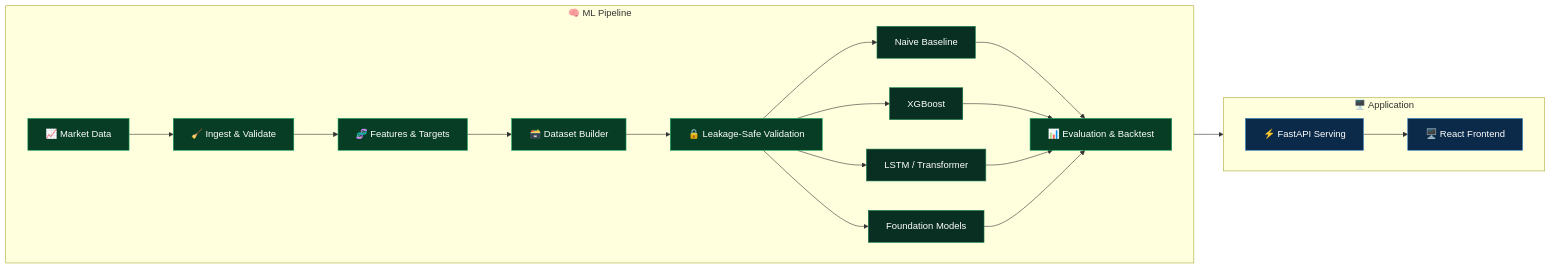
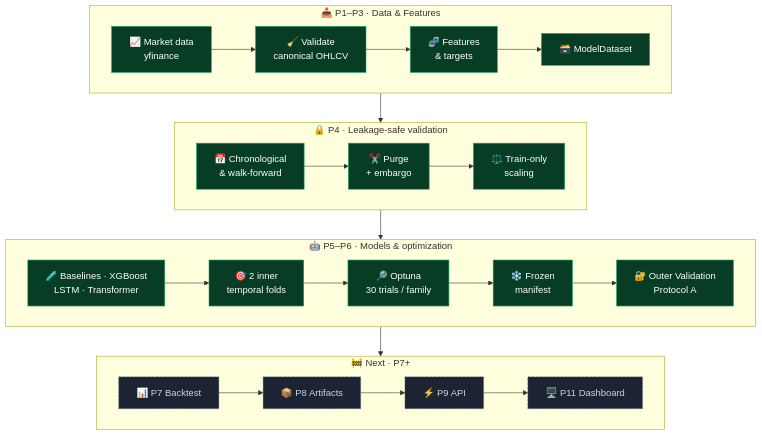
The first of 2 diagrams in README.md (themadjocker/stock-market-prediction), drawn with Mermaid before and after one commit. The commit also changed other lines of this file and 72 other files, not shown here.

````diff
--- a/README.md
+++ b/README.md
@@ -29,29 +42,25 @@
 ```mermaid
-flowchart LR
-    subgraph ML["🧠 ML Pipeline"]
+flowchart TB
+    subgraph DATA["📥 P1–P3 · Data & Features"]
         direction LR
-        A["📈 Market Data"] --> B["🧹 Ingest & Validate"]
-        B --> C["🧬 Features & Targets"]
-        C --> D["🗃️ Dataset Builder"]
-        D --> E["🔒 Leakage-Safe Validation"]
-        E --> M1["Naive Baseline"]
-        E --> M2["XGBoost"]
-        E --> M3["LSTM / Transformer"]
-        E --> M4["Foundation Models"]
-        M1 & M2 & M3 & M4 --> F["📊 Evaluation & Backtest"]
+        A["📈 Market data<br/>yfinance"] --> B["🧹 Validate<br/>canonical OHLCV"] --> C["🧬 Features<br/>& targets"] --> D["🗃️ ModelDataset"]
     end
+    subgraph VAL["🔒 P4 · Leakage-safe validation"]
+        direction LR
+        E["📅 Chronological<br/>& walk-forward"] --> F["✂️ Purge<br/>+ embargo"] --> G["⚖️ Train-only<br/>scaling"]
+    end
+    subgraph MODEL["🤖 P5–P6 · Models & optimization"]
+        direction LR
+        H["🧪 Baselines · XGBoost<br/>LSTM · Transformer"] --> I["🎯 2 inner<br/>temporal folds"] --> J["🔎 Optuna<br/>30 trials / family"] --> K["❄️ Frozen<br/>manifest"] --> L["🔐 Outer Validation<br/>Protocol A"]
+    end
+    subgraph NEXT["🚧 Next · P7+"]
+        direction LR
+        M["📊 P7 Backtest"] --> N["📦 P8 Artifacts"] --> O["⚡ P9 API"] --> P["🖥️ P11 Dashboard"]
+    end
+    DATA --> VAL --> MODEL --> NEXT
 
-    subgraph APP["🖥️ Application"]
-        direction LR
-        G["⚡ FastAPI Serving"] --> H["🖥️ React Frontend"]
-    end
-
-    F --> G
-
-    classDef ml fill:#063d24,stroke:#19a463,color:#ffffff;
-    classDef model fill:#092f22,stroke:#147a4b,color:#ffffff;
-    classDef app fill:#0b2a4a,stroke:#3b82c4,color:#ffffff;
-    class A,B,C,D,E,F ml;
-    class M1,M2,M3,M4 model;
-    class G,H app;
+    classDef done fill:#063d24,stroke:#19a463,color:#ffffff;
+    classDef next fill:#1c2433,stroke:#5b6b85,color:#cbd5e1,stroke-dasharray:4 3;
+    class A,B,C,D,E,F,G,H,I,J,K,L done;
+    class M,N,O,P next;
 ```
````
